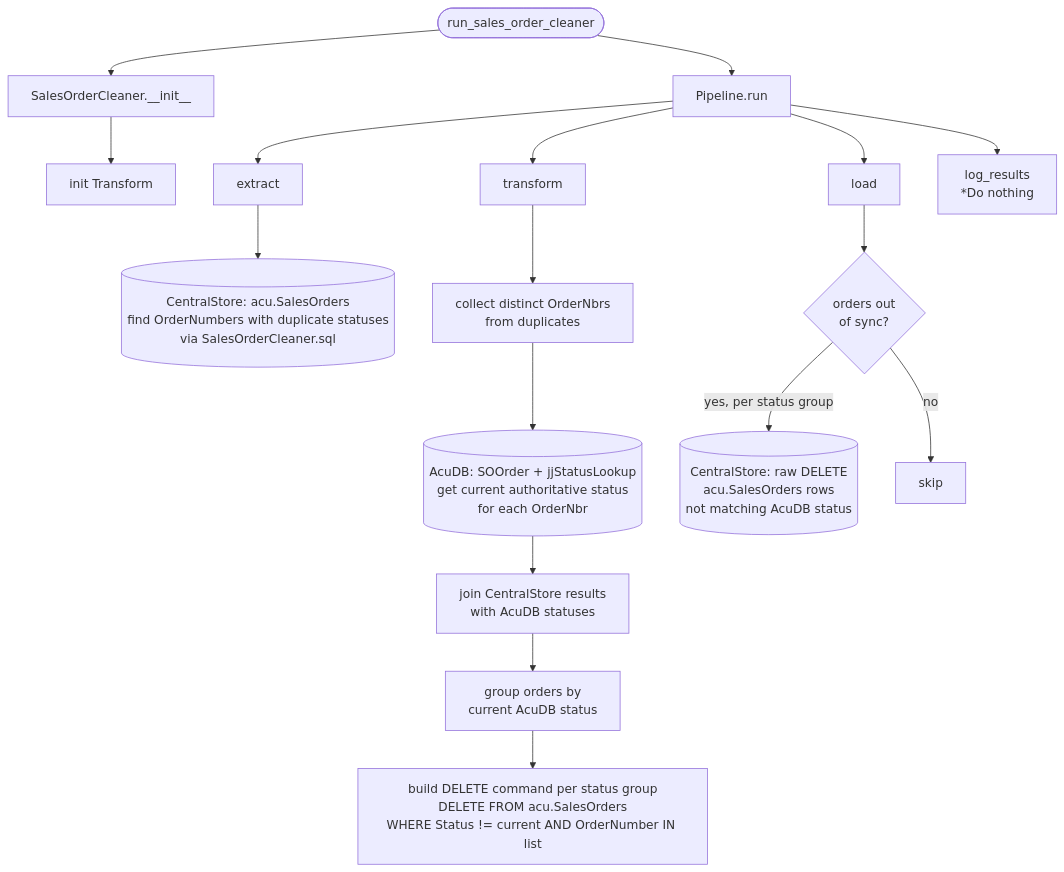
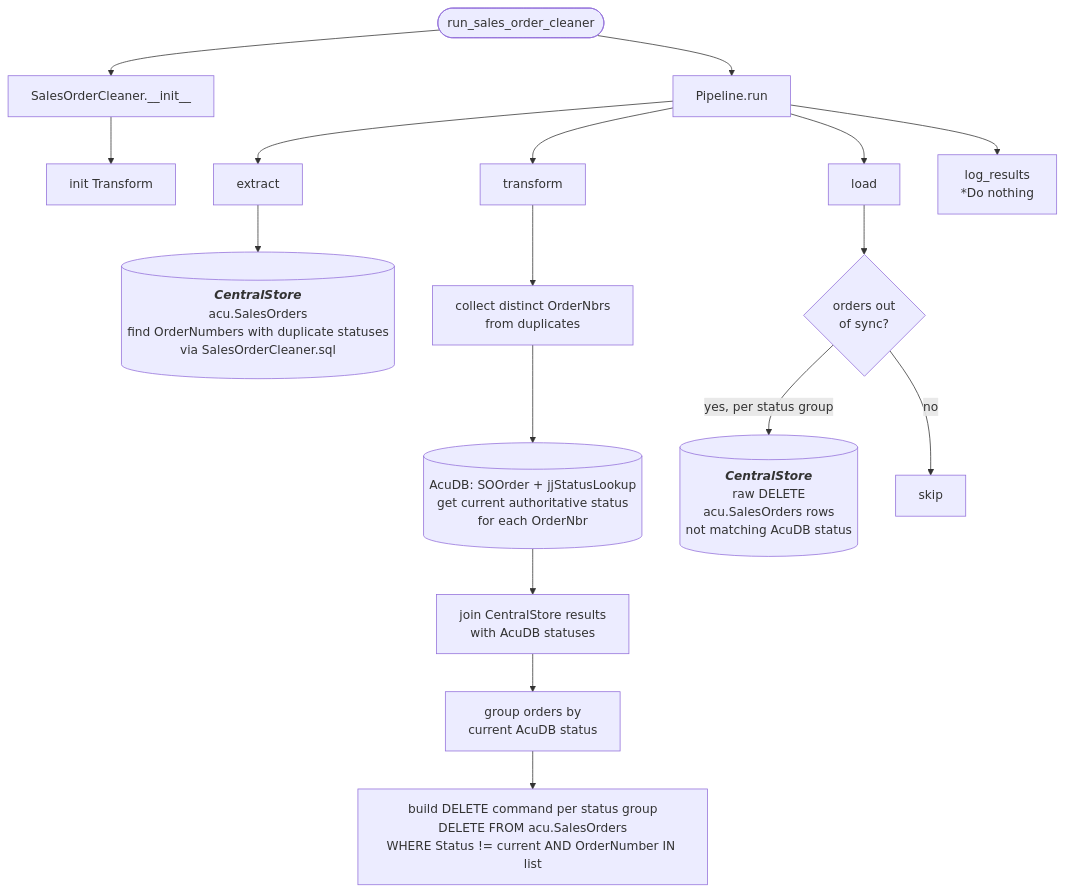
One commit to journeyhl/integration-platform changed the diagram in docs/pipelines/sales_order_cleaner.md. Above: the diagram before and after it, drawn with Mermaid. The commit also changed 25 other files, not shown here.

````diff
--- a/docs/pipelines/sales_order_cleaner.md
+++ b/docs/pipelines/sales_order_cleaner.md
@@ -1,24 +1,29 @@
 ```mermaid
 %%{init: {"flowchart": {"wrappingWidth": 400}}}%%
 flowchart TD
     A([run_sales_order_cleaner]) --> B[SalesOrderCleaner.__init__]
     B --> B1[init Transform]
     A --> RUN[Pipeline.run]
 
     RUN --> EX[extract]
-    EX --> D1[(CentralStore: acu.SalesOrders<br/>find OrderNumbers with duplicate statuses<br/>via SalesOrderCleaner.sql)]
+    EX --> D1[(
+        <b><i>CentralStore</i></b>
+        acu.SalesOrders<br/>find OrderNumbers with duplicate statuses<br/>via SalesOrderCleaner.sql
+        )]
 
     RUN --> TR[transform]
     TR --> T1[collect distinct OrderNbrs<br/>from duplicates]
     T1 --> D2[(AcuDB: SOOrder + jjStatusLookup<br/>get current authoritative status<br/>for each OrderNbr)]
     D2 --> T2[join CentralStore results<br/>with AcuDB statuses]
     T2 --> T3[group orders by<br/>current AcuDB status]
     T3 --> T4[build DELETE command per status group<br/>DELETE FROM acu.SalesOrders<br/>WHERE Status != current AND OrderNumber IN list]
 
     RUN --> LD[load]
     LD --> LD1{orders out<br/>of sync?}
-    LD1 -->|yes, per status group| LD2[(CentralStore: raw DELETE<br/>acu.SalesOrders rows<br/>not matching AcuDB status)]
+    LD1 -->|yes, per status group| LD2[(
+        <b><i>CentralStore</i></b>
+        raw DELETE<br/>acu.SalesOrders rows<br/>not matching AcuDB status)]
     LD1 -->|no| SKIP[skip]
 
     RUN --> LR[log_results<br/>*Do nothing]
 ```
````
